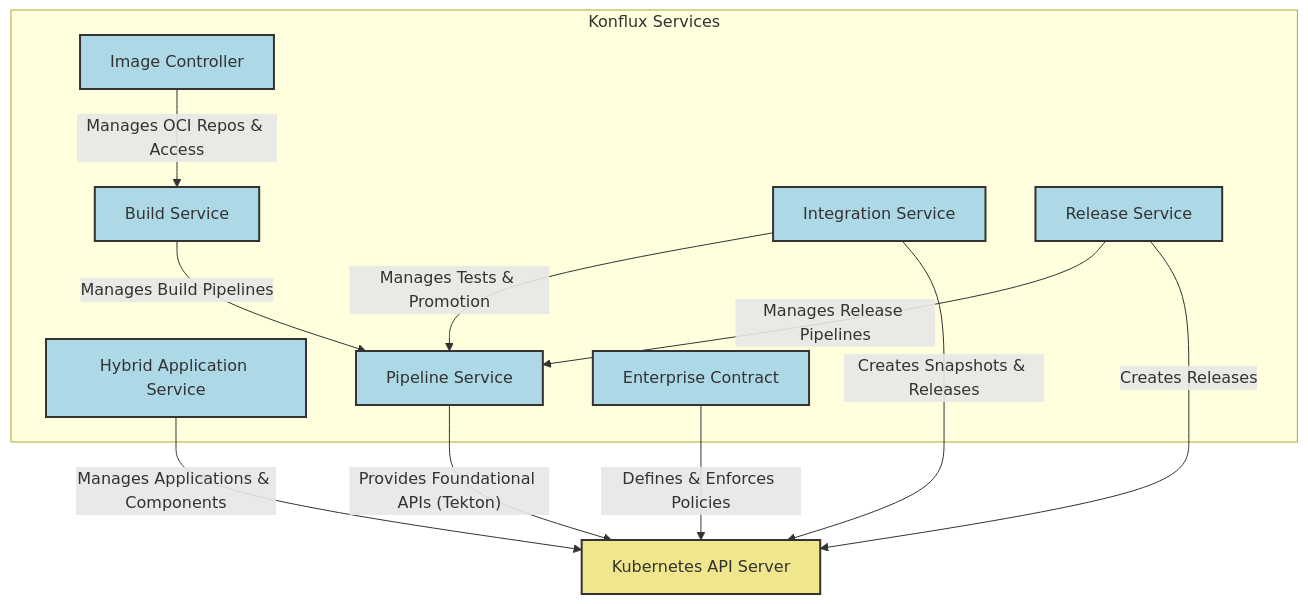
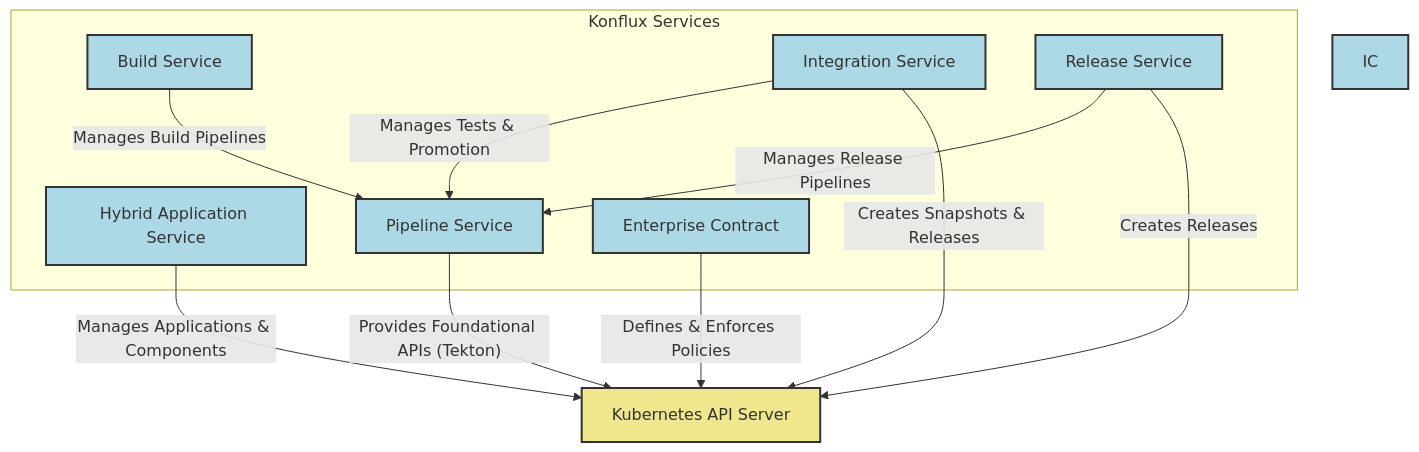
One commit to konflux-ci/architecture changed the second of 3 diagrams in architecture/index.md. Above: the diagram before and after it, drawn with Mermaid.

Commit message:
Remove image controller from the main services diagram

````diff
--- a/architecture/index.md
+++ b/architecture/index.md
@@ -167,40 +167,37 @@
 ```mermaid
 graph TD
     subgraph Konflux Services
         HAS[Hybrid Application Service]
         BS[Build Service]
-        IC[Image Controller]
         IS[Integration Service]
         RS[Release Service]
         PS[Pipeline Service]
         EC[Enterprise Contract]
     end
 
     HAS -- Manages Applications & Components --> KubeAPI[Kubernetes API Server]
     BS -- Manages Build Pipelines --> PS
-    IC -- Manages OCI Repos & Access --> BS
     IS -- Manages Tests & Promotion --> PS
     IS -- Creates Snapshots & Releases --> KubeAPI
     RS -- Manages Release Pipelines --> PS
     RS -- Creates Releases --> KubeAPI
     PS -- Provides Foundational APIs (Tekton) --> KubeAPI
     EC -- Defines & Enforces Policies --> KubeAPI
 
     style HAS fill:#add8e6,stroke:#333,stroke-width:2px;
     style BS fill:#add8e6,stroke:#333,stroke-width:2px;
     style IC fill:#add8e6,stroke:#333,stroke-width:2px;
     style IS fill:#add8e6,stroke:#333,stroke-width:2px;
     style RS fill:#add8e6,stroke:#333,stroke-width:2px;
     style PS fill:#add8e6,stroke:#333,stroke-width:2px;
     style EC fill:#add8e6,stroke:#333,stroke-width:2px;
     style KubeAPI fill:#f0e68c,stroke:#333,stroke-width:2px;
 
     click HAS href "https://github.com/redhat-appstudio/application-service" "Hybrid Application Service"
     click BS href "https://github.com/redhat-appstudio/core/build-service.md" "Build Service"
-    click IC href "https://github.com/redhat-appstudio/add-ons/image-controller.md" "Image Controller"
     click IS href "https://github.com/redhat-appstudio/core/integration-service.md" "Integration Service"
     click RS href "https://github.com/redhat-appstudio/core/release-service.md" "Release Service"
     click PS href "https://github.com/redhat-appstudio/core/pipeline-service.md" "Pipeline Service"
     click EC href "https://github.com/redhat-appstudio/core/enterprise-contract.md" "Enterprise Contract"
     click KubeAPI href "https://kubernetes.io/docs/concepts/architecture/controller/" "Kubernetes API Server (Controllers)"
 ```
````
